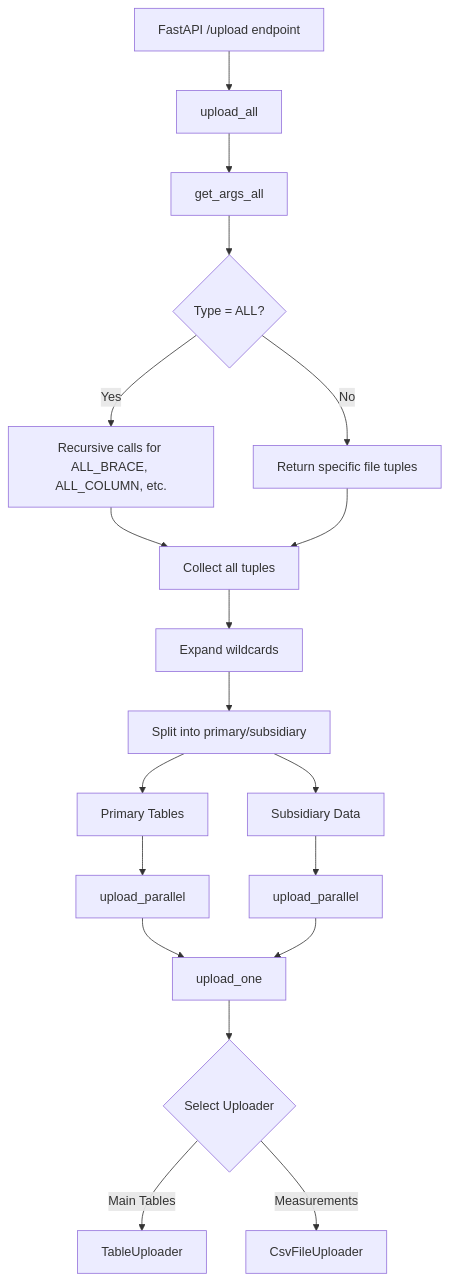
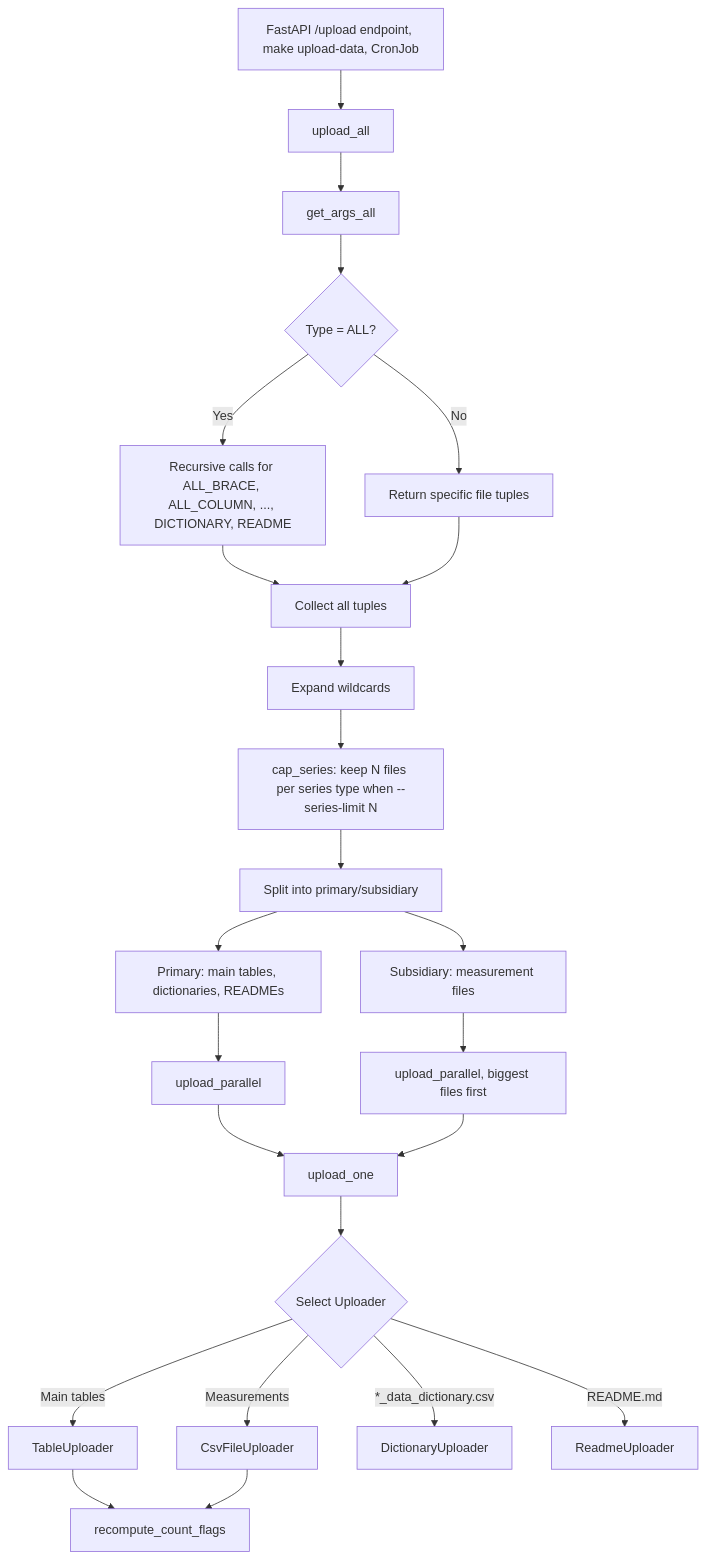
Before and after one commit to RESSLab-Team/resslab-hub: the first of 2 diagrams in backend/resslab_hub/data/uploader.md, drawn with Mermaid. The commit also changed other lines of this file and 11 other files, not shown here.

````diff
--- a/backend/resslab_hub/data/uploader.md
+++ b/backend/resslab_hub/data/uploader.md
@@ -2,27 +7,33 @@
 ```mermaid
 flowchart TD
-    A[FastAPI /upload endpoint] --> B[upload_all]
+    A[FastAPI /upload endpoint, make upload-data, CronJob] --> B[upload_all]
     B --> C[get_args_all]
 
     C --> D{Type = ALL?}
-    D -->|Yes| E[Recursive calls for ALL_BRACE, ALL_COLUMN, etc.]
+    D -->|Yes| E[Recursive calls for ALL_BRACE, ALL_COLUMN, ..., DICTIONARY, README]
     D -->|No| F[Return specific file tuples]
     E --> G[Collect all tuples]
     F --> G
 
     G --> H[Expand wildcards]
-    H --> I[Split into primary/subsidiary]
+    H --> H2[cap_series: keep N files per series type when --series-limit N]
+    H2 --> I[Split into primary/subsidiary]
 
-    I --> J[Primary Tables]
-    I --> K[Subsidiary Data]
+    I --> J[Primary: main tables, dictionaries, READMEs]
+    I --> K[Subsidiary: measurement files]
 
     J --> L[upload_parallel]
-    K --> M[upload_parallel]
+    K --> M[upload_parallel, biggest files first]
 
     L --> N[upload_one]
     M --> N
 
     N --> O{Select Uploader}
-    O -->|Main Tables| P[TableUploader]
+    O -->|Main tables| P[TableUploader]
     O -->|Measurements| Q[CsvFileUploader]
+    O -->|*_data_dictionary.csv| R[DictionaryUploader]
+    O -->|README.md| S[ReadmeUploader]
+
+    P --> T[recompute_count_flags]
+    Q --> T
 ```
````
